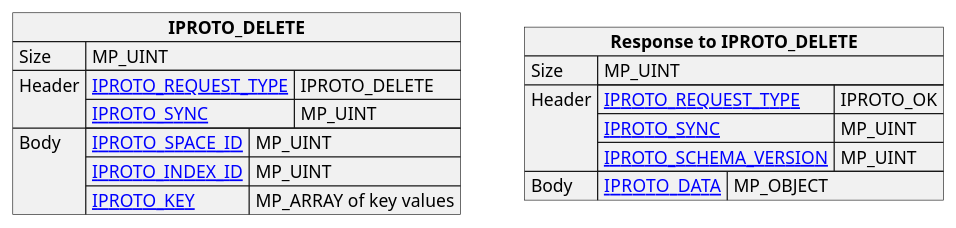
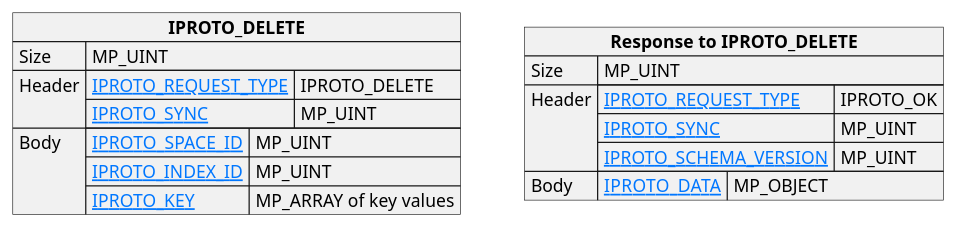
One commit to tarantool/doc changed the diagram in doc/dev_guide/internals/iproto/images/delete.puml. Above: the diagram before and after it, drawn with PlantUML. The commit also changed 99 other files, not shown here.

Commit message:
Fix plantuml diagrams Broken links and puml parameters

```diff
--- a/doc/dev_guide/internals/iproto/images/delete.puml
+++ b/doc/dev_guide/internals/iproto/images/delete.puml
@@ -1,35 +1,35 @@
 @startuml
 
-skinparam map {
+skinparam {
     HyperlinkColor #0077FF
     FontColor #313131
     BorderColor #313131
     BackgroundColor transparent
 }
 
 json "**IPROTO_DELETE**" as delete_request {
     "Size": "MP_UINT",
     "Header": {
       "[[https://tarantool.io/en/doc/latest/dev_guide/internals/iproto/keys IPROTO_REQUEST_TYPE]]": "IPROTO_DELETE",
       "[[https://tarantool.io/en/doc/latest/dev_guide/internals/iproto/keys IPROTO_SYNC]]": "MP_UINT"
     },
     "Body": {
       "[[https://tarantool.io/en/doc/latest/dev_guide/internals/iproto/keys IPROTO_SPACE_ID]]": "MP_UINT",
       "[[https://tarantool.io/en/doc/latest/dev_guide/internals/iproto/keys IPROTO_INDEX_ID]]": "MP_UINT",
       "[[https://tarantool.io/en/doc/latest/dev_guide/internals/iproto/keys IPROTO_KEY]]": "MP_ARRAY of key values"
     }
 }
 
 json "**Response to IPROTO_DELETE**" as delete_response {
     "Size": "MP_UINT",
     "Header": {
-      "[[tarantool.io/en/doc/latest/dev_guide/internals/iproto/keys IPROTO_REQUEST_TYPE]]": "IPROTO_OK",
-      "[[tarantool.io/en/doc/latest/dev_guide/internals/iproto/keys IPROTO_SYNC]]": "MP_UINT",
-      "[[tarantool.io/en/doc/latest/dev_guide/internals/iproto/keys IPROTO_SCHEMA_VERSION]]": "MP_UINT"
+      "[[https://tarantool.io/en/doc/latest/dev_guide/internals/iproto/keys IPROTO_REQUEST_TYPE]]": "IPROTO_OK",
+      "[[https://tarantool.io/en/doc/latest/dev_guide/internals/iproto/keys IPROTO_SYNC]]": "MP_UINT",
+      "[[https://tarantool.io/en/doc/latest/dev_guide/internals/iproto/keys IPROTO_SCHEMA_VERSION]]": "MP_UINT"
     },
     "Body": {
-    "[[tarantool.io/en/doc/latest/dev_guide/internals/iproto/keys IPROTO_DATA]]": "MP_OBJECT"
+    "[[https://tarantool.io/en/doc/latest/dev_guide/internals/iproto/keys IPROTO_DATA]]": "MP_OBJECT"
     }
 }
 
 @enduml
```
